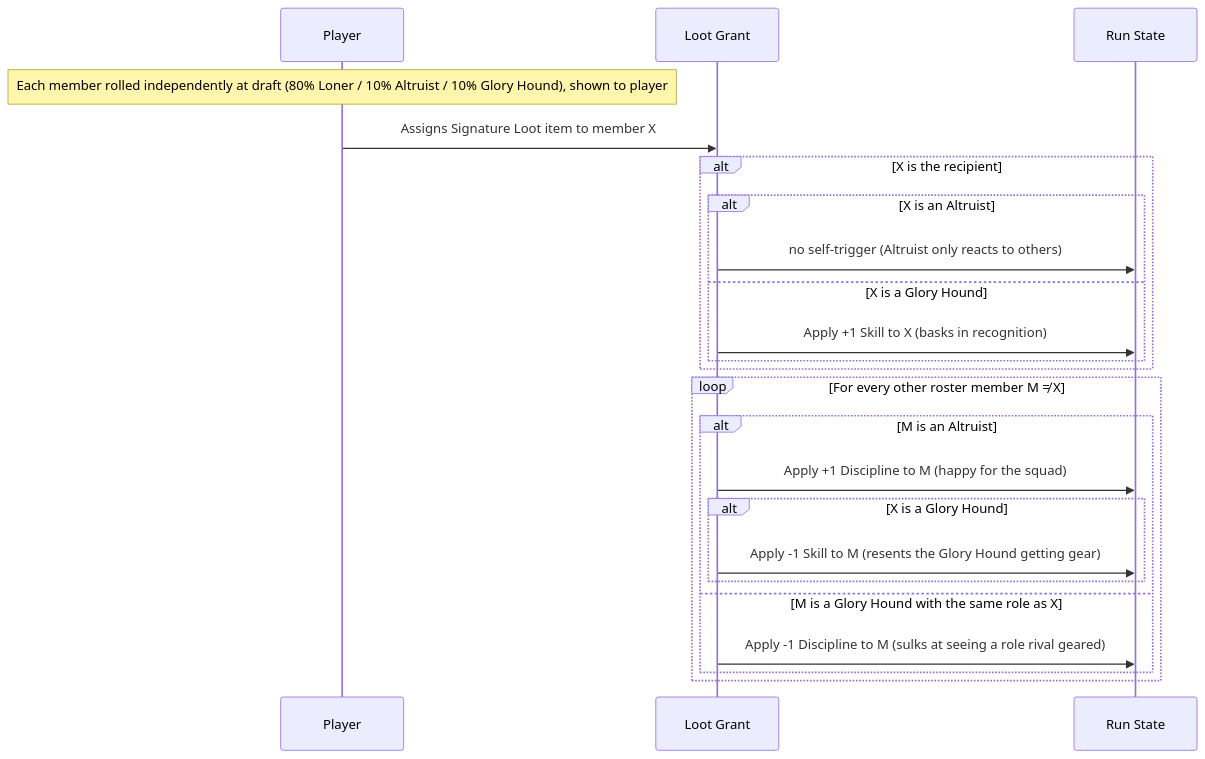
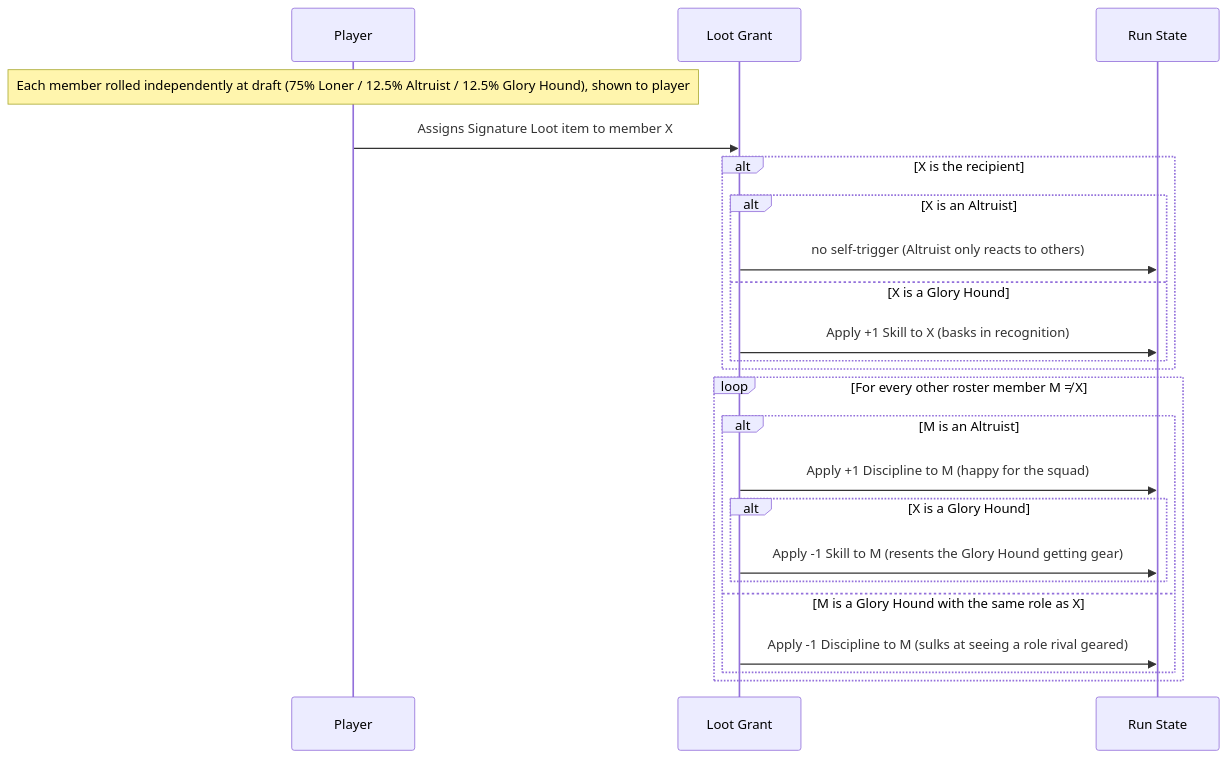
One commit to g-trinh/raid-manager changed the diagram in docs/feature/personalities.md. Above: the diagram before and after it, drawn with Mermaid. The commit also changed other lines of this file and 2 other files, not shown here.

````diff
--- a/docs/feature/personalities.md
+++ b/docs/feature/personalities.md
@@ -102,26 +102,26 @@
 ```mermaid
 sequenceDiagram
     participant P as Player
     participant L as Loot Grant
     participant RS as Run State
 
-    Note over P: Each member rolled independently at draft (80% Loner / 10% Altruist / 10% Glory Hound), shown to player
+    Note over P: Each member rolled independently at draft (75% Loner / 12.5% Altruist / 12.5% Glory Hound), shown to player
     P->>L: Assigns Signature Loot item to member X
     alt X is the recipient
         alt X is an Altruist
             L->>RS: no self-trigger (Altruist only reacts to others)
         else X is a Glory Hound
             L->>RS: Apply +1 Skill to X (basks in recognition)
         end
     end
     loop For every other roster member M ≠ X
         alt M is an Altruist
             L->>RS: Apply +1 Discipline to M (happy for the squad)
             alt X is a Glory Hound
                 L->>RS: Apply -1 Skill to M (resents the Glory Hound getting gear)
             end
         else M is a Glory Hound with the same role as X
             L->>RS: Apply -1 Discipline to M (sulks at seeing a role rival geared)
         end
     end
 ```
````
